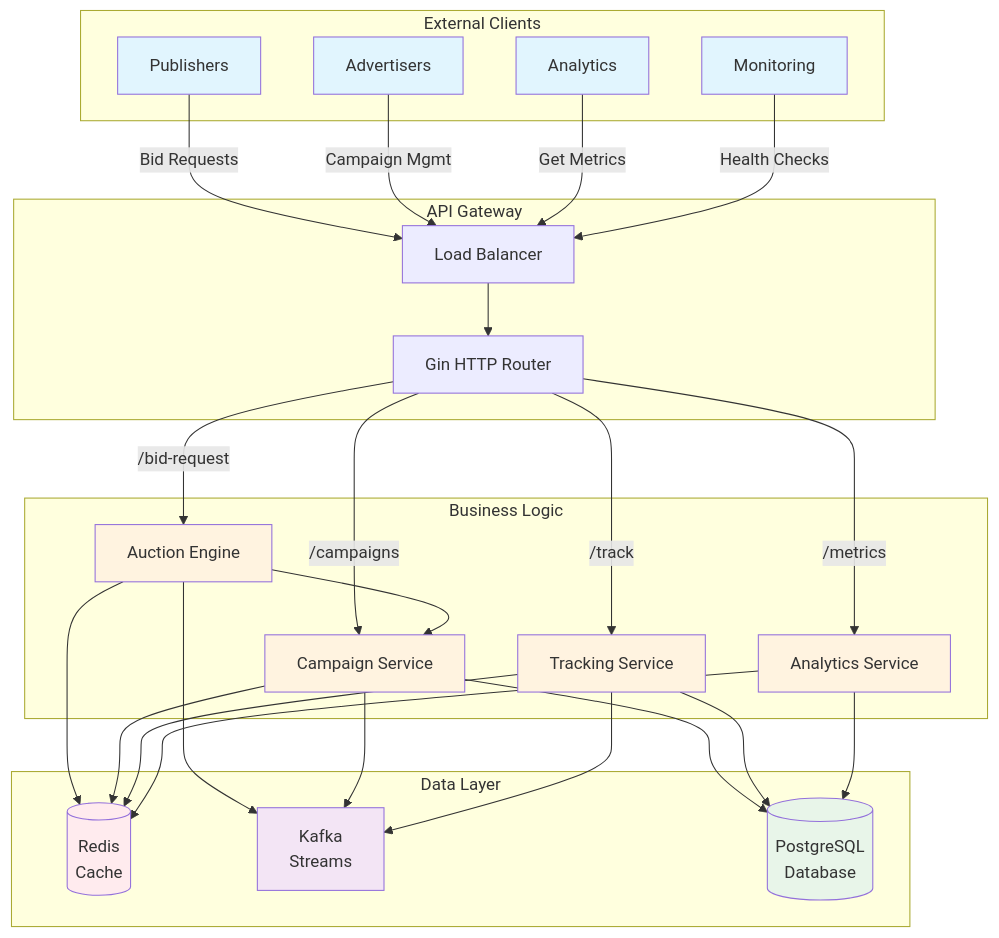
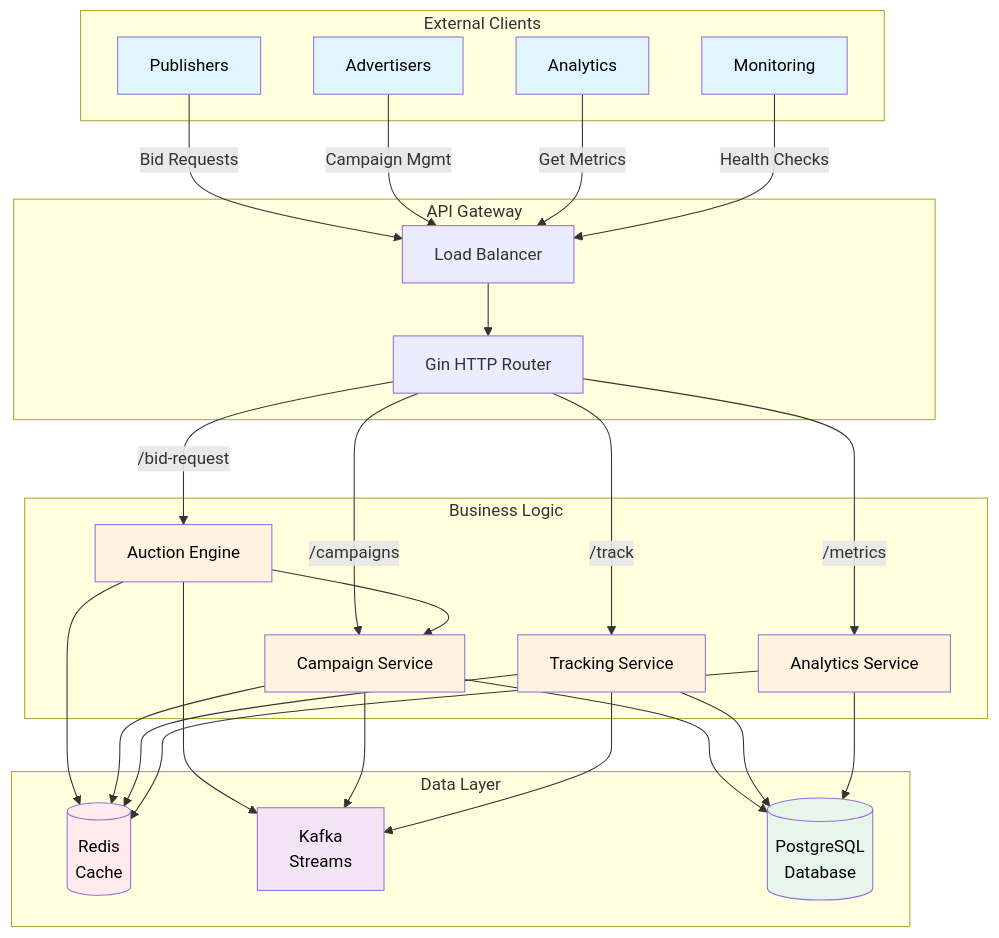
Before and after one commit to t84393252-create/ad_delivery_simulator_347: the first of 7 diagrams in ARCHITECTURE.md, drawn with Mermaid. The commit also changed other lines of this file, not shown here.

Commit message:
Improve Mermaid diagram readability with black text
- Add black text color to all styled elements
- Ensure text is readable on light colored backgrounds
- Fix contrast issues with default gray text
- Improve accessibility of diagrams

````diff
--- a/ARCHITECTURE.md
+++ b/ARCHITECTURE.md
@@ -5,66 +5,66 @@
 ```mermaid
 graph TB
     subgraph "External Clients"
         P[Publishers]
         A[Advertisers]
         AN[Analytics]
         M[Monitoring]
     end
     
     subgraph "API Gateway"
         LB[Load Balancer]
         GIN[Gin HTTP Router]
     end
     
     subgraph "Business Logic"
         AE[Auction Engine]
         CS[Campaign Service]
         TS[Tracking Service]
         AS[Analytics Service]
     end
     
     subgraph "Data Layer"
         R[(Redis<br/>Cache)]
         K[Kafka<br/>Streams]
         PG[(PostgreSQL<br/>Database)]
     end
     
     P -->|Bid Requests| LB
     A -->|Campaign Mgmt| LB
     AN -->|Get Metrics| LB
     M -->|Health Checks| LB
     
     LB --> GIN
     
     GIN -->|/bid-request| AE
     GIN -->|/campaigns| CS
     GIN -->|/track| TS
     GIN -->|/metrics| AS
     
     AE --> R
     AE --> K
     AE --> CS
     
     CS --> R
     CS --> PG
     CS --> K
     
     TS --> R
     TS --> K
     TS --> PG
     
     AS --> R
     AS --> PG
     
-    style P fill:#e1f5fe
-    style A fill:#e1f5fe
-    style AN fill:#e1f5fe
-    style M fill:#e1f5fe
-    style AE fill:#fff3e0
-    style CS fill:#fff3e0
-    style TS fill:#fff3e0
-    style AS fill:#fff3e0
-    style R fill:#ffebee
-    style K fill:#f3e5f5
-    style PG fill:#e8f5e9
+    style P fill:#e1f5fe,color:#000
+    style A fill:#e1f5fe,color:#000
+    style AN fill:#e1f5fe,color:#000
+    style M fill:#e1f5fe,color:#000
+    style AE fill:#fff3e0,color:#000
+    style CS fill:#fff3e0,color:#000
+    style TS fill:#fff3e0,color:#000
+    style AS fill:#fff3e0,color:#000
+    style R fill:#ffebee,color:#000
+    style K fill:#f3e5f5,color:#000
+    style PG fill:#e8f5e9,color:#000
 ```
````
